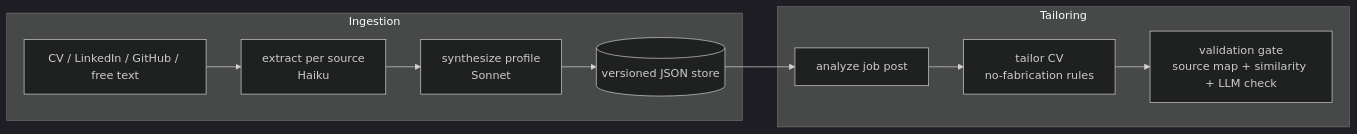
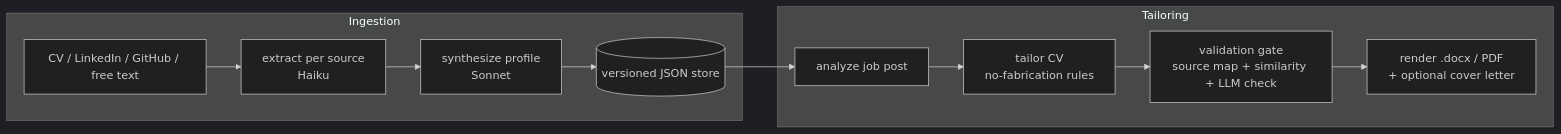
Before and after one commit to thomas-choi/Resume-Builder: the diagram in README.md, drawn with Mermaid (dark theme). The commit also changed other lines of this file and 26 other files, not shown here.

First line of the commit message:
Phase 3 — Document agent: docx/PDF rendering + cover letter

````diff
--- a/README.md
+++ b/README.md
@@ -15,9 +15,9 @@
 ```mermaid
 flowchart LR
     subgraph Ingestion
         A[CV / LinkedIn / GitHub / free text] --> B[extract per source<br/>Haiku] --> C[synthesize profile<br/>Sonnet] --> D[(versioned JSON store)]
     end
     subgraph Tailoring
-        D --> E[analyze job post] --> F[tailor CV<br/>no-fabrication rules] --> G[validation gate<br/>source map + similarity + LLM check]
+        D --> E[analyze job post] --> F[tailor CV<br/>no-fabrication rules] --> G[validation gate<br/>source map + similarity + LLM check] --> H[render .docx / PDF<br/>+ optional cover letter]
     end
 ```
````
